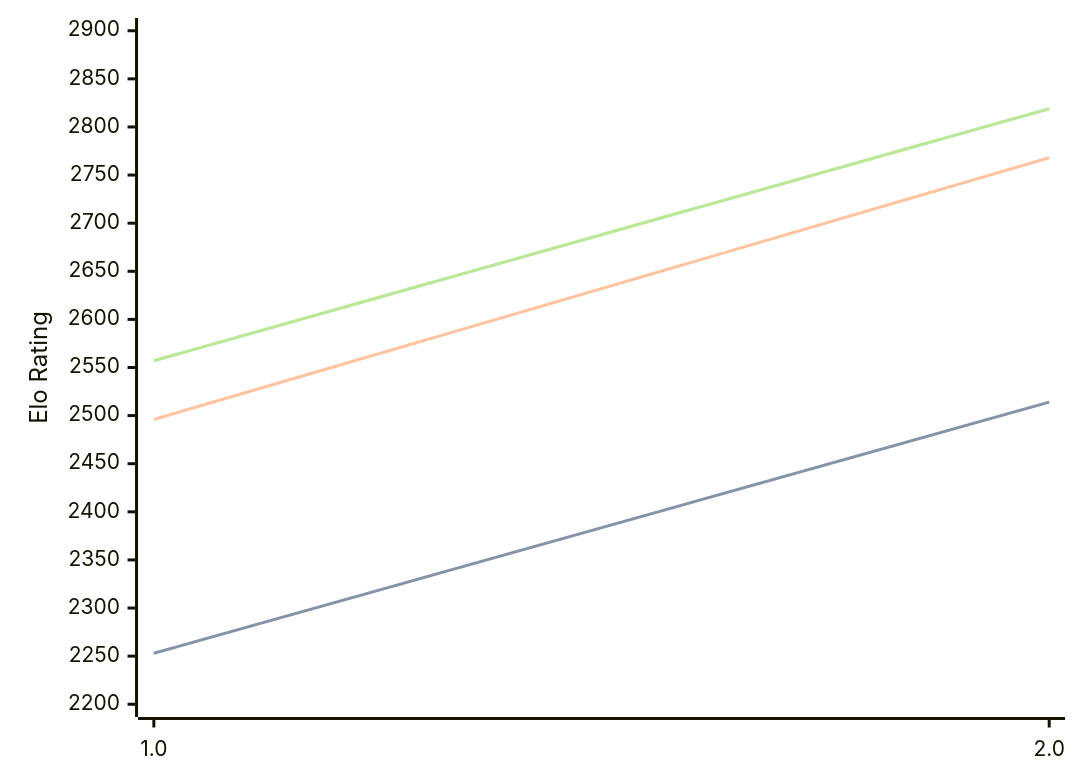
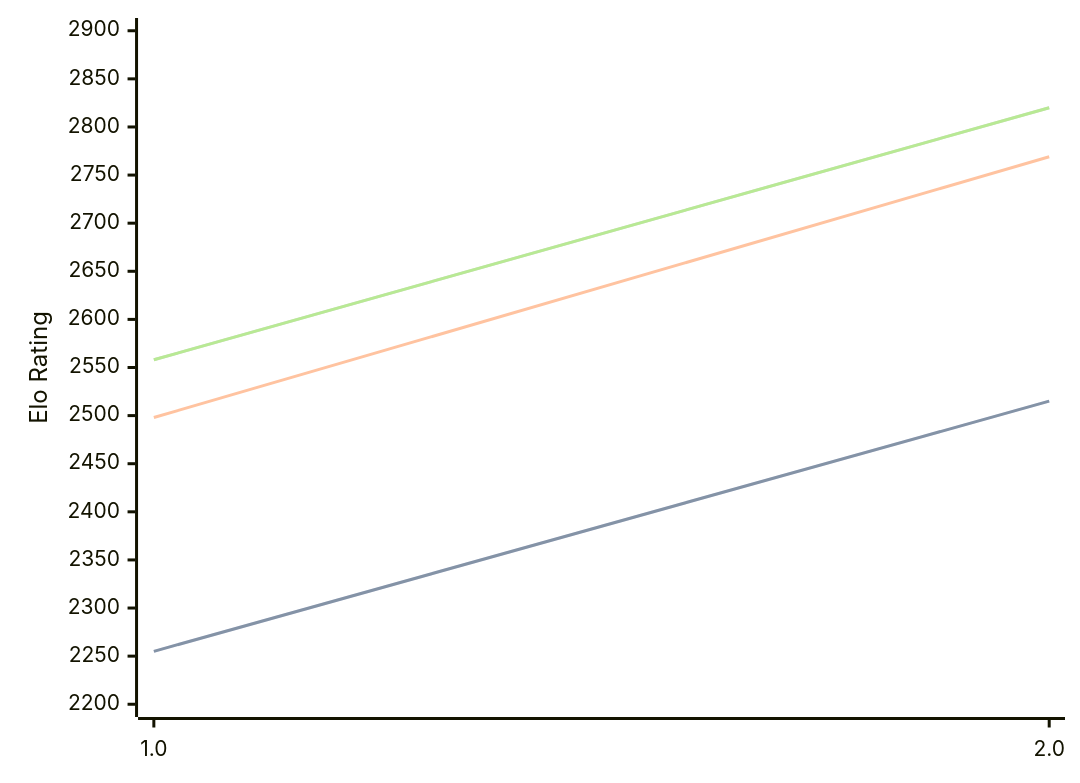
Before and after one commit to computer-chess-index/cci: the diagram in engines/Revolver.md, drawn with Mermaid. The commit also changed other lines of this file, not shown here.

Commit message:
Update CCI Ratings (ELO VLTC) - 2026-08-22

````diff
--- a/engines/Revolver.md
+++ b/engines/Revolver.md
@@ -32,11 +32,11 @@
 ```mermaid
 %%{init: {"theme":"base","themeVariables":{"seriesColors:['#a3a3a3','#222221','#faa371']}}}%%
 xychart-beta
   x-axis ["1.0", "2.0"]
   y-axis "Elo Rating" 2200 --> 2900
-  line "STC (8.0+0.08s)" [2253, 2514]
-  line "STC (8.0+0.08s)" [2253, 2514]
-  line "LTC (60.0+0.60s)" [2496, 2768]
-  line "VLTC (2m24s+1.12s)" [2557, 2819]
-  line "VLTC (2m24s+1.12s)" [2557, 2819]
+  line "STC (8.0+0.08s)" [2255, 2515]
+  line "STC (8.0+0.08s)" [2255, 2515]
+  line "LTC (60.0+0.60s)" [2498, 2769]
+  line "VLTC (2m24s+1.12s)" [2558, 2820]
+  line "VLTC (2m24s+1.12s)" [2558, 2820]
 ```
````
